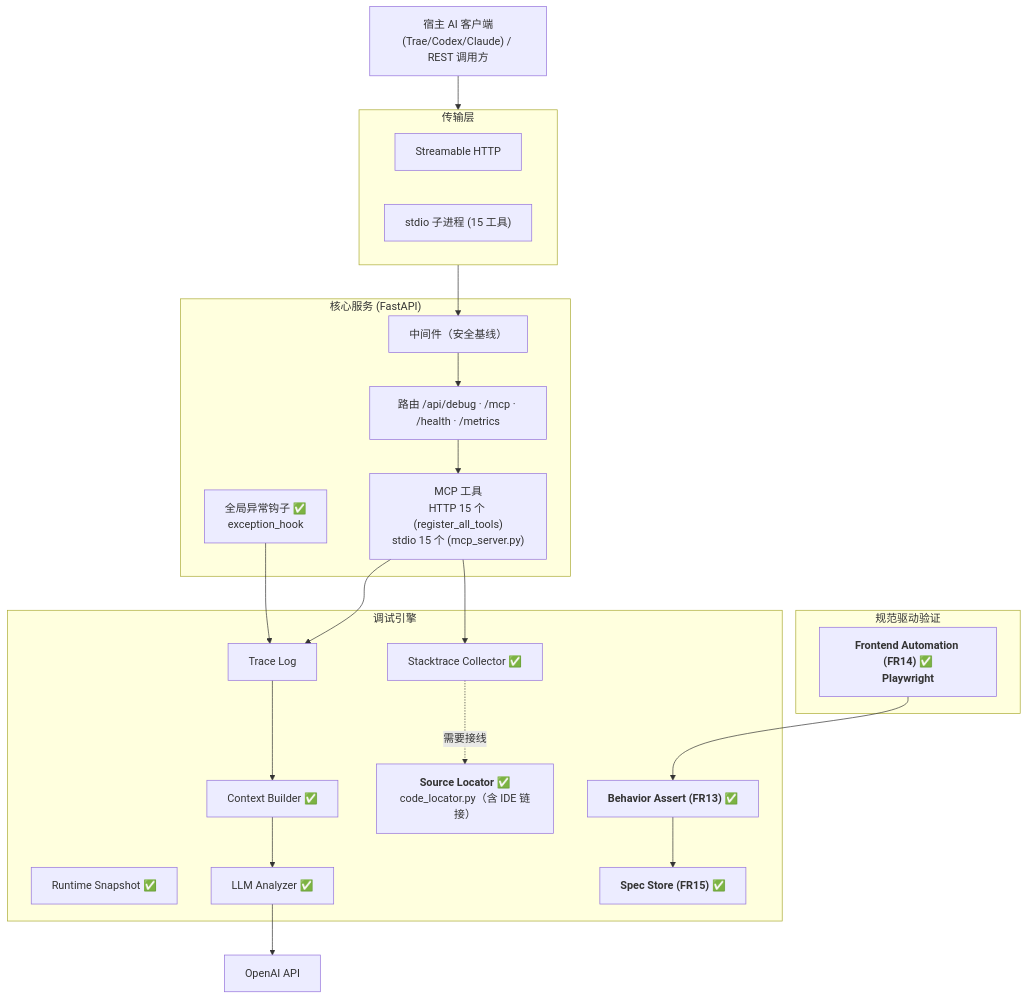
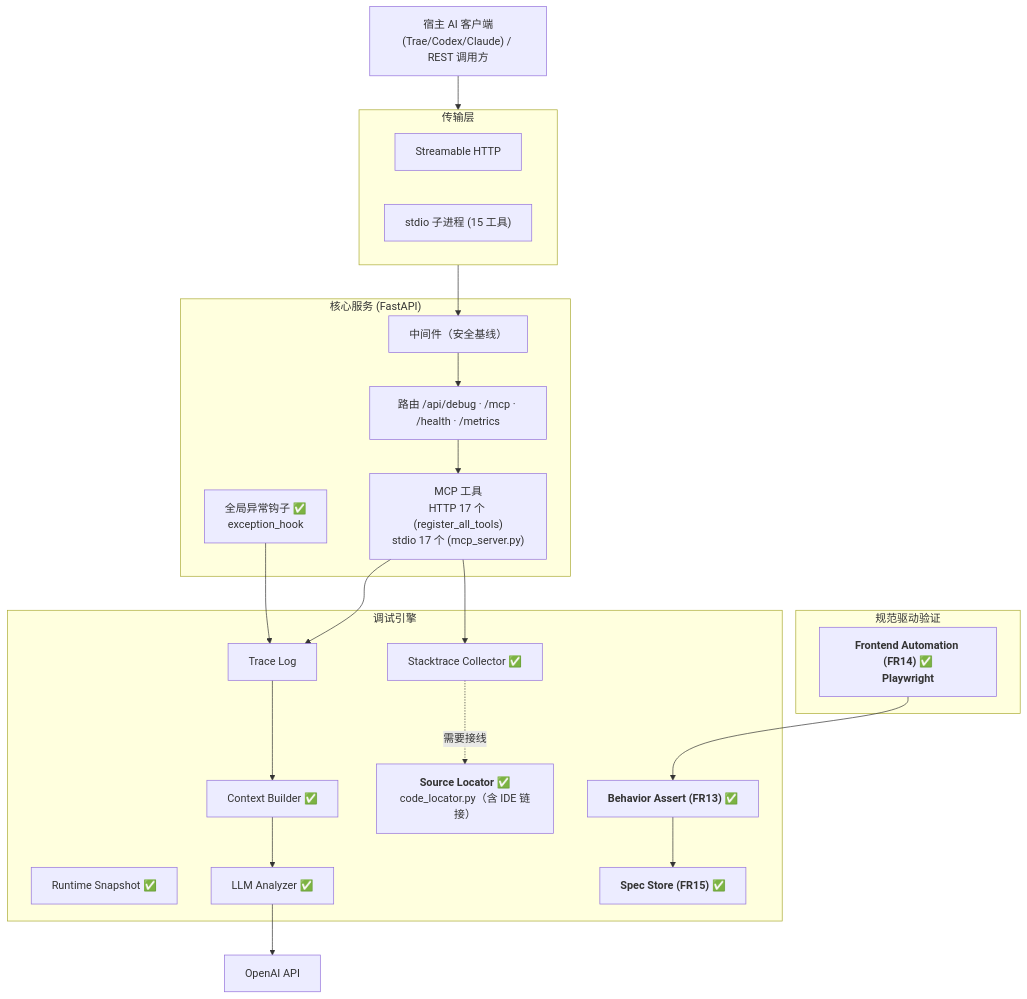
One commit to Ljj041120/Lujo-MCP changed the first of 3 diagrams in docs/internal/PRD.md. Above: the diagram before and after it, drawn with Mermaid. The commit also changed other lines of this file and 27 other files, not shown here.

````diff
--- a/docs/internal/PRD.md
+++ b/docs/internal/PRD.md
@@ -337,42 +366,42 @@
 ```mermaid
 flowchart TB
     Client["宿主 AI 客户端<br/>(Trae/Codex/Claude) / REST 调用方"]
 
     subgraph Transport["传输层"]
         HTTP["Streamable HTTP"]
         STDIO["stdio 子进程 (15 工具)"]
     end
 
     subgraph Core["核心服务 (FastAPI)"]
         Hook["全局异常钩子 ✅<br/>exception_hook"]
         MW["中间件（安全基线）"]
         Router["路由 /api/debug · /mcp · /health · /metrics"]
-        Tools["MCP 工具<br/>HTTP 15 个 (register_all_tools)<br/>stdio 15 个 (mcp_server.py)"]
+        Tools["MCP 工具<br/>HTTP 17 个 (register_all_tools)<br/>stdio 17 个 (mcp_server.py)"]
     end
 
     subgraph Engine["调试引擎"]
         Logs["Trace Log"]
         Builder["Context Builder ✅"]
         Stack["Stacktrace Collector ✅"]
         Locator["<b>Source Locator ✅</b><br/>code_locator.py（含 IDE 链接）"]
         Runtime["Runtime Snapshot ✅"]
         Analyzer["LLM Analyzer ✅"]
         Assert["<b>Behavior Assert (FR13) ✅</b>"]
         SpecStore["<b>Spec Store (FR15) ✅</b>"]
     end
 
     subgraph Verify["规范驱动验证"]
         E2E["<b>Frontend Automation (FR14) ✅<br/>Playwright</b>"]
     end
 
     Client --> Transport
     Hook --> Logs
     Transport --> MW --> Router --> Tools
     Tools --> Logs --> Builder
     Tools --> Stack
     Stack -.需要接线.-> Locator
     Builder --> Analyzer
     Analyzer --> LLM["OpenAI API"]
     Assert --> SpecStore
     E2E --> Assert
 ```
````
